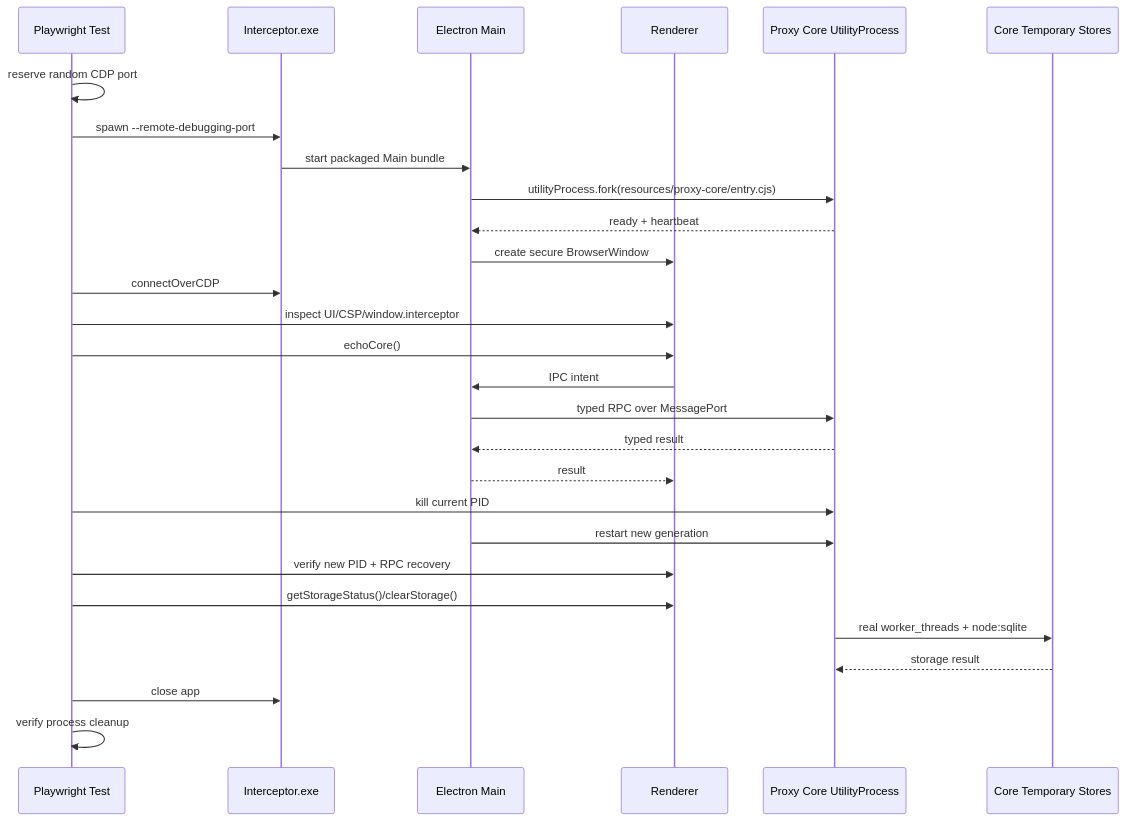
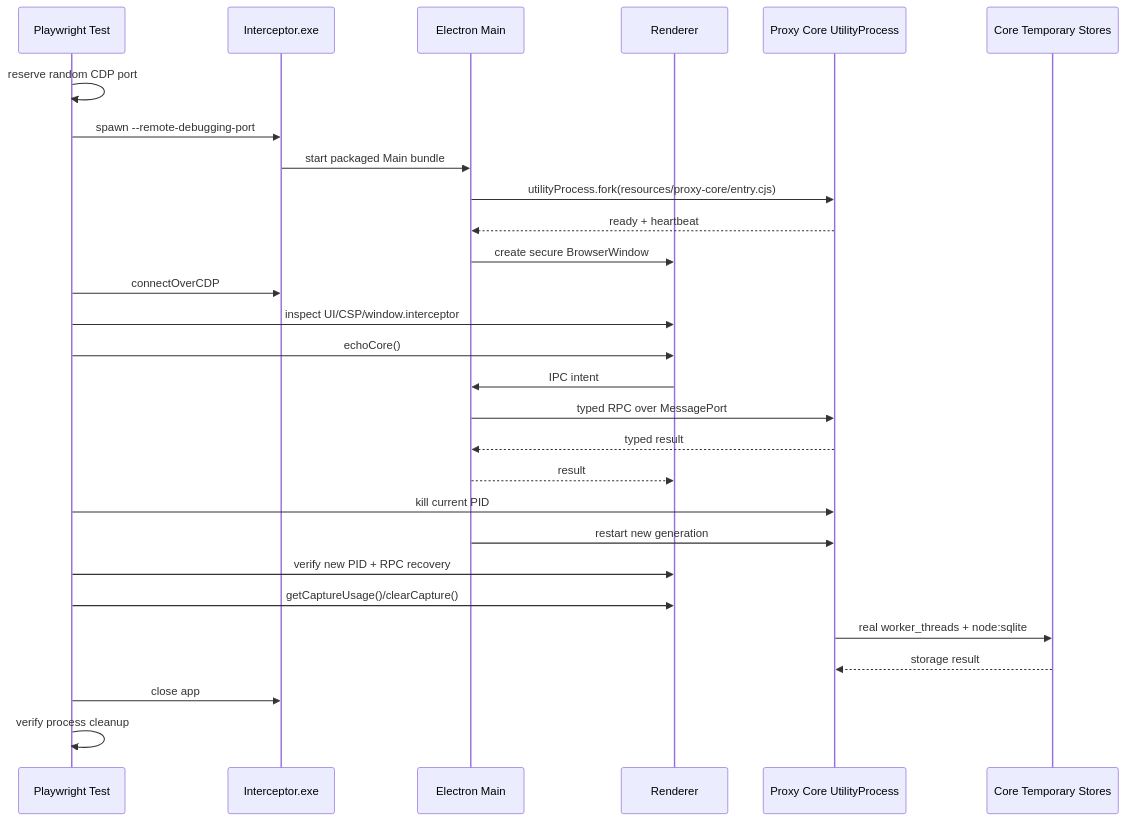
One commit to zhxmt-xm/Interceptor changed the diagram in apps/desktop/tests/packaged-smoke/README.md. Above: the diagram before and after it, drawn with Mermaid. The commit also changed other lines of this file and 237 other files, not shown here.

````diff
--- a/apps/desktop/tests/packaged-smoke/README.md
+++ b/apps/desktop/tests/packaged-smoke/README.md
@@ -122,31 +122,31 @@
 ```mermaid
 sequenceDiagram
     participant T as Playwright Test
     participant E as Interceptor.exe
     participant M as Electron Main
     participant R as Renderer
     participant C as Proxy Core UtilityProcess
     participant S as Core Temporary Stores
 
     T->>T: reserve random CDP port
     T->>E: spawn --remote-debugging-port
     E->>M: start packaged Main bundle
     M->>C: utilityProcess.fork(resources/proxy-core/entry.cjs)
     C-->>M: ready + heartbeat
     M->>R: create secure BrowserWindow
     T->>E: connectOverCDP
     T->>R: inspect UI/CSP/window.interceptor
     T->>R: echoCore()
     R->>M: IPC intent
     M->>C: typed RPC over MessagePort
     C-->>M: typed result
     M-->>R: result
     T->>C: kill current PID
     M->>C: restart new generation
     T->>R: verify new PID + RPC recovery
-    T->>R: getStorageStatus()/clearStorage()
+    T->>R: getCaptureUsage()/clearCapture()
     C->>S: real worker_threads + node:sqlite
     S-->>C: storage result
     T->>E: close app
     T->>T: verify process cleanup
 ```
````
